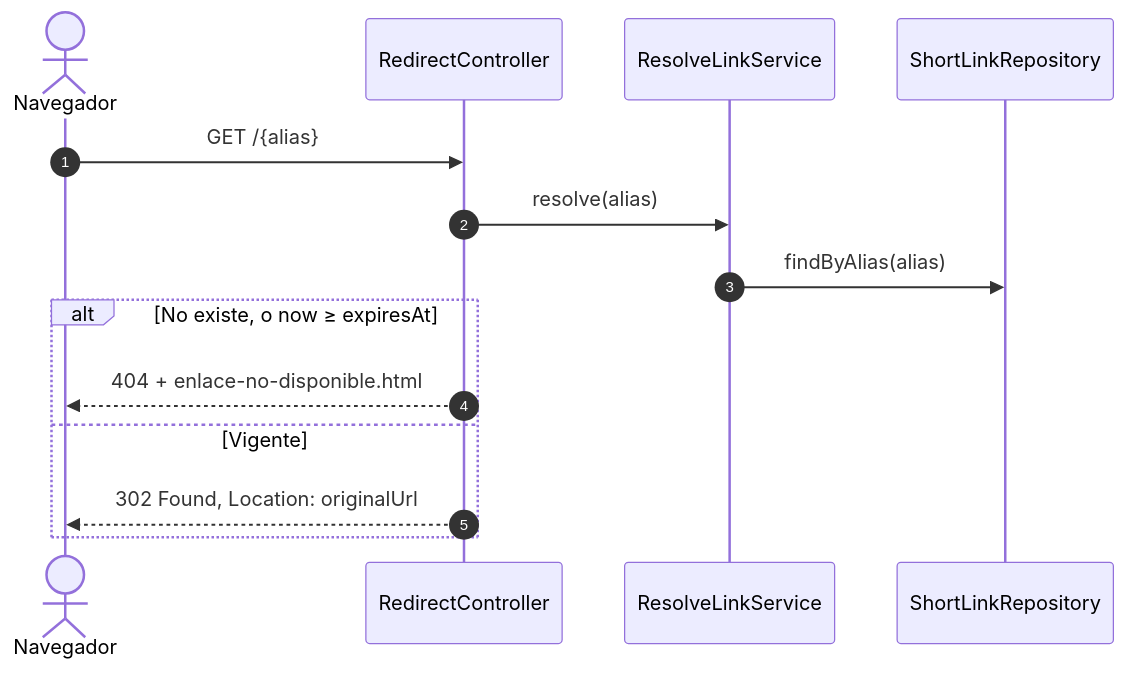
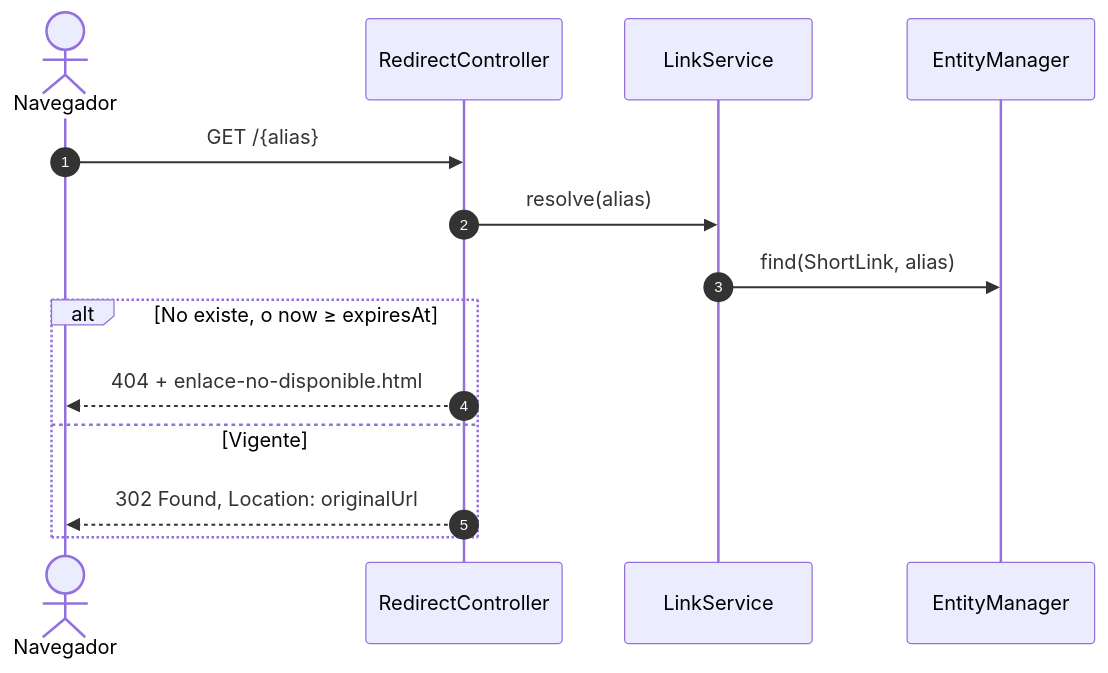
One commit to martincrespo77/PP6-TPGrupo2 changed the second of 4 diagrams in contexto.md. Above: the diagram before and after it, drawn with Mermaid. The commit also changed other lines of this file and 10 other files, not shown here.

````diff
--- a/contexto.md
+++ b/contexto.md
@@ -369,17 +371,17 @@
 ```mermaid
 sequenceDiagram
     autonumber
     actor Nav as Navegador
     participant RC as RedirectController
-    participant Svc as ResolveLinkService
-    participant Repo as ShortLinkRepository
+    participant Svc as LinkService
+    participant EM as EntityManager
 
     Nav->>RC: GET /{alias}
     RC->>Svc: resolve(alias)
-    Svc->>Repo: findByAlias(alias)
+    Svc->>EM: find(ShortLink, alias)
     alt No existe, o now ≥ expiresAt
         RC-->>Nav: 404 + enlace-no-disponible.html
     else Vigente
         RC-->>Nav: 302 Found, Location: originalUrl
     end
 ```
````
